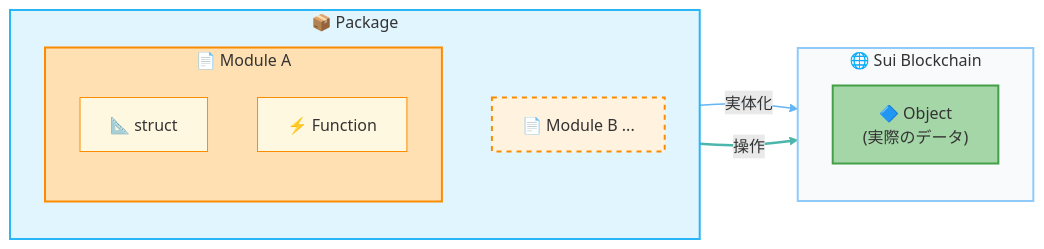
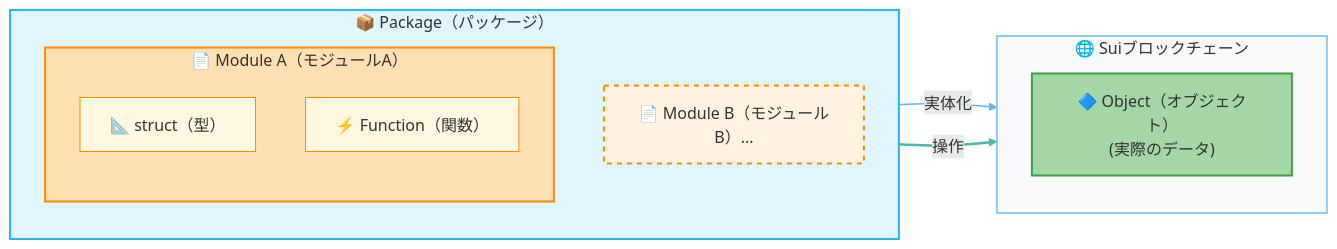
Before and after one commit to suidevgru/suidevgru.github.io: the diagram in i18n/ja/docusaurus-plugin-content-docs/current/learn/beginner/L13-learn-move-mechanics.mdx, drawn with Mermaid. The commit also changed 2 other files, not shown here.

Commit message:
add L13 Learn Move Mechanics in EN and KO, fix JA Mermaid labels
- `docs/learn/beginner/L13-learn-move-mechanics.mdx`
    - Replace DRAFT stub with full English content
    - Covers Package, Module, Object concepts with Mermaid diagram,
      code examples, Ability explanations, and completion checklist

- `i18n/ja/docusaurus-plugin-content-docs/current/learn/beginner/L13-learn-move-mechanics.mdx`
    - Localize Mermaid node labels to Japanese
      (e.g. Package → Package（パッケージ）, Function → Function（関数）)

- `i18n/ko/docusaurus-plugin-content-docs/current/learn/beginner/L13-learn-move-mechanics.mdx`
    - Add Korean translation of L13
    - Normalize all phrasing to 합니다/습니다체 polite form
    - Localize Mermaid labels (e.g. struct → struct(타입))

````diff
--- a/i18n/ja/docusaurus-plugin-content-docs/current/learn/beginner/L13-learn-move-mechanics.mdx
+++ b/i18n/ja/docusaurus-plugin-content-docs/current/learn/beginner/L13-learn-move-mechanics.mdx
@@ -23,40 +23,40 @@
 ```mermaid
 flowchart LR
     %% --- 左側：パッケージ ---
-    subgraph Pkg ["📦 Package"]
+    subgraph Pkg ["📦 Package（パッケージ）"]
         direction TB
         
-        subgraph ModA ["📄 Module A"]
+        subgraph ModA ["📄 Module A（モジュールA）"]
             direction TB
-            TypeA["📐 struct"]
-            FuncA["⚡ Function"]
+            TypeA["📐 struct（型）"]
+            FuncA["⚡ Function（関数）"]
         end
         
-        ModB["📄 Module B ..."]
+        ModB["📄 Module B（モジュールB）..."]
     end
 
     %% --- 右側：ブロックチェーン ---
-    subgraph Chain ["🌐 Sui Blockchain"]
+    subgraph Chain ["🌐 Suiブロックチェーン"]
         direction TB
-        Obj["🔷 Object<br/>(実際のデータ)"]
+        Obj["🔷 Object（オブジェクト）<br/>(実際のデータ)"]
     end
 
     %% --- 矢印（型と関数の両方から1つのObjectへ） ---
     TypeA -->|"実体化"| Obj
     FuncA ==>|"操作"| Obj
 
     %% --- リンクスタイリング（0: 実体化, 1: 操作）---
     linkStyle 0 stroke:#64b5f6,stroke-width:1.5px
     linkStyle 1 stroke:#4db6ac,stroke-width:2.5px
 
     %% --- スタイリング ---
     style Pkg fill:#e1f5fe,stroke:#29b6f6,stroke-width:2px,color:#333
     style ModA fill:#ffe0b2,stroke:#fb8c00,stroke-width:2px,color:#333
     style ModB fill:#fff3e0,stroke:#fb8c00,stroke-width:2px,stroke-dasharray: 5 5,color:#333
 
     style TypeA fill:#fff8e1,stroke:#fb8c00,color:#333
     style FuncA fill:#fff8e1,stroke:#fb8c00,color:#333
 
     style Chain fill:#f8fafc,stroke:#90caf9,stroke-width:2px,color:#333
     style Obj fill:#a5d6a7,stroke:#43a047,stroke-width:2px,color:#333
 ```
````
